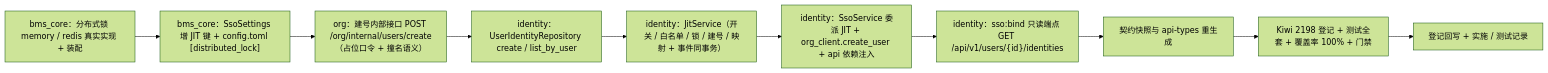
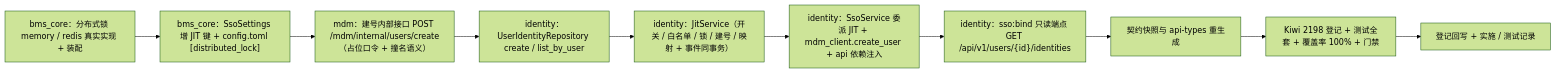
The diagram in bms文档/项目/06_认证与安全/任务/02_SSO与身份联邦/02_SSO与身份联邦_02_JIT建号与身份映射/实施/02_实施_02_JIT建号与身份映射.md (minjian123/basic-management-system), drawn with Mermaid (forest theme) before and after one commit. The commit also changed other lines of this file and 501 other files, not shown here.

````diff
--- a/bms文档/项目/06_认证与安全/任务/02_SSO与身份联邦/02_SSO与身份联邦_02_JIT建号与身份映射/实施/02_实施_02_JIT建号与身份映射.md
+++ b/bms文档/项目/06_认证与安全/任务/02_SSO与身份联邦/02_SSO与身份联邦_02_JIT建号与身份映射/实施/02_实施_02_JIT建号与身份映射.md
@@ -22,12 +22,12 @@
 ```mermaid
 flowchart LR
     A["bms_core：分布式锁 memory / redis 真实实现 + 装配"] --> B["bms_core：SsoSettings 增 JIT 键 + config.toml [distributed_lock]"]
-    B --> C["org：建号内部接口 POST /org/internal/users/create（占位口令 + 撞名语义）"]
+    B --> C["mdm：建号内部接口 POST /mdm/internal/users/create（占位口令 + 撞名语义）"]
     C --> D["identity：UserIdentityRepository create / list_by_user"]
     D --> E["identity：JitService（开关 / 白名单 / 锁 / 建号 / 映射 + 事件同事务）"]
-    E --> F["identity：SsoService 委派 JIT + org_client.create_user + api 依赖注入"]
+    E --> F["identity：SsoService 委派 JIT + mdm_client.create_user + api 依赖注入"]
     F --> G["identity：sso:bind 只读端点 GET /api/v1/users/{id}/identities"]
     G --> H["契约快照与 api-types 重生成"]
     H --> I["Kiwi 2198 登记 + 测试全套 + 覆盖率 100% + 门禁"]
     I --> J["登记回写 + 实施 / 测试记录"]
 ```
````
